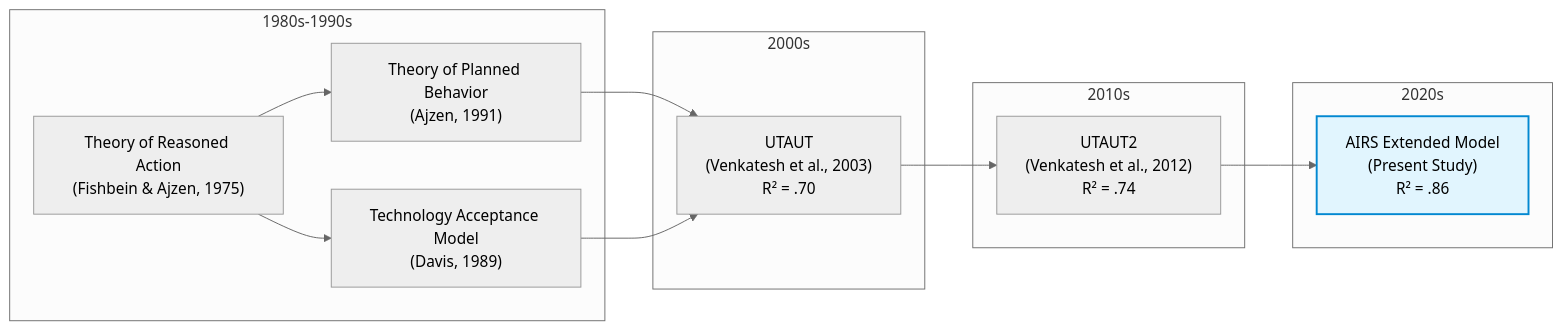
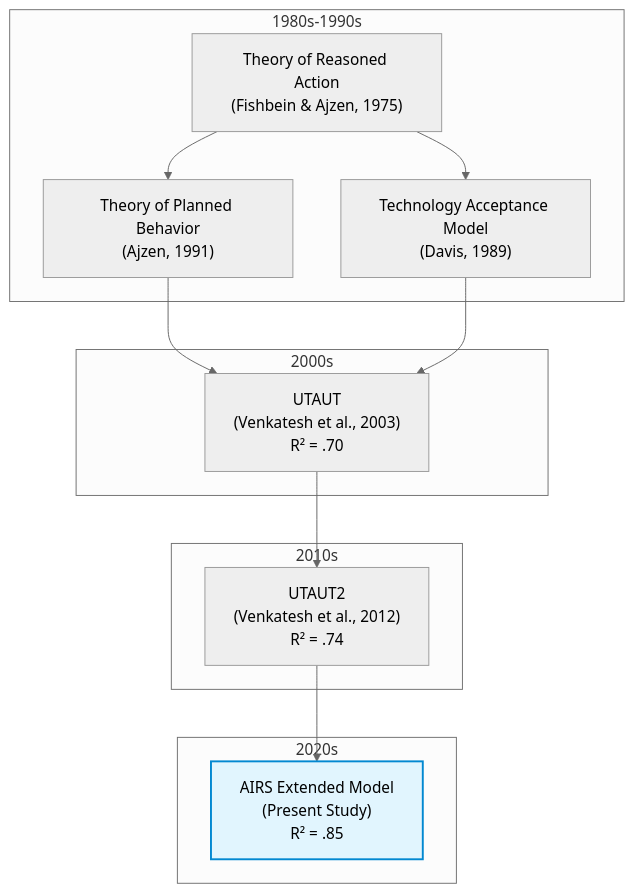
Before and after one commit to fabioc-aloha/AIRS_Data_Analysis: the first of 3 diagrams in thesis-v2/manuscript/chapters/02_literature_review.md, drawn with Mermaid (neutral theme). The commit also changed other lines of this file and 23 other files, not shown here.

First line of the commit message:
thesis-v2: bibliography audit, citation conversions, timeline fix, §5.3.5 converging validation

````diff
--- a/thesis-v2/manuscript/chapters/02_literature_review.md
+++ b/thesis-v2/manuscript/chapters/02_literature_review.md
@@ -65,29 +65,29 @@
 ```mermaid
-flowchart LR
+flowchart TD
     subgraph "1980s-1990s"
         TRA["Theory of Reasoned Action<br/>(Fishbein & Ajzen, 1975)"]
         TPB["Theory of Planned Behavior<br/>(Ajzen, 1991)"]
         TAM["Technology Acceptance Model<br/>(Davis, 1989)"]
     end
 
     subgraph "2000s"
         UTAUT["UTAUT<br/>(Venkatesh et al., 2003)<br/>R² = .70"]
     end
 
     subgraph "2010s"
         UTAUT2["UTAUT2<br/>(Venkatesh et al., 2012)<br/>R² = .74"]
     end
 
     subgraph "2020s"
-        AIRS["AIRS Extended Model<br/>(Present Study)<br/>R² = .86"]
+        AIRS["AIRS Extended Model<br/>(Present Study)<br/>R² = .85"]
     end
 
     TRA --> TPB
     TRA --> TAM
     TPB --> UTAUT
     TAM --> UTAUT
     UTAUT --> UTAUT2
     UTAUT2 --> AIRS
 
     style AIRS fill:#e1f5fe,stroke:#0288d1,stroke-width:2px
 ```
````
